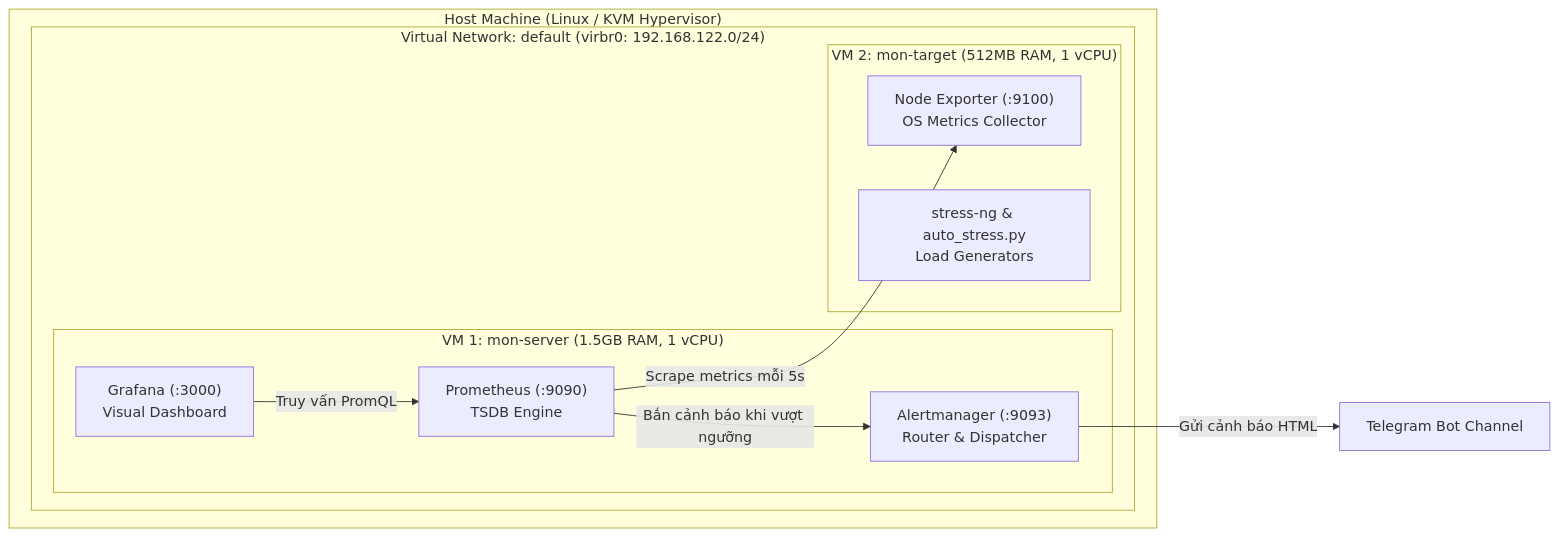
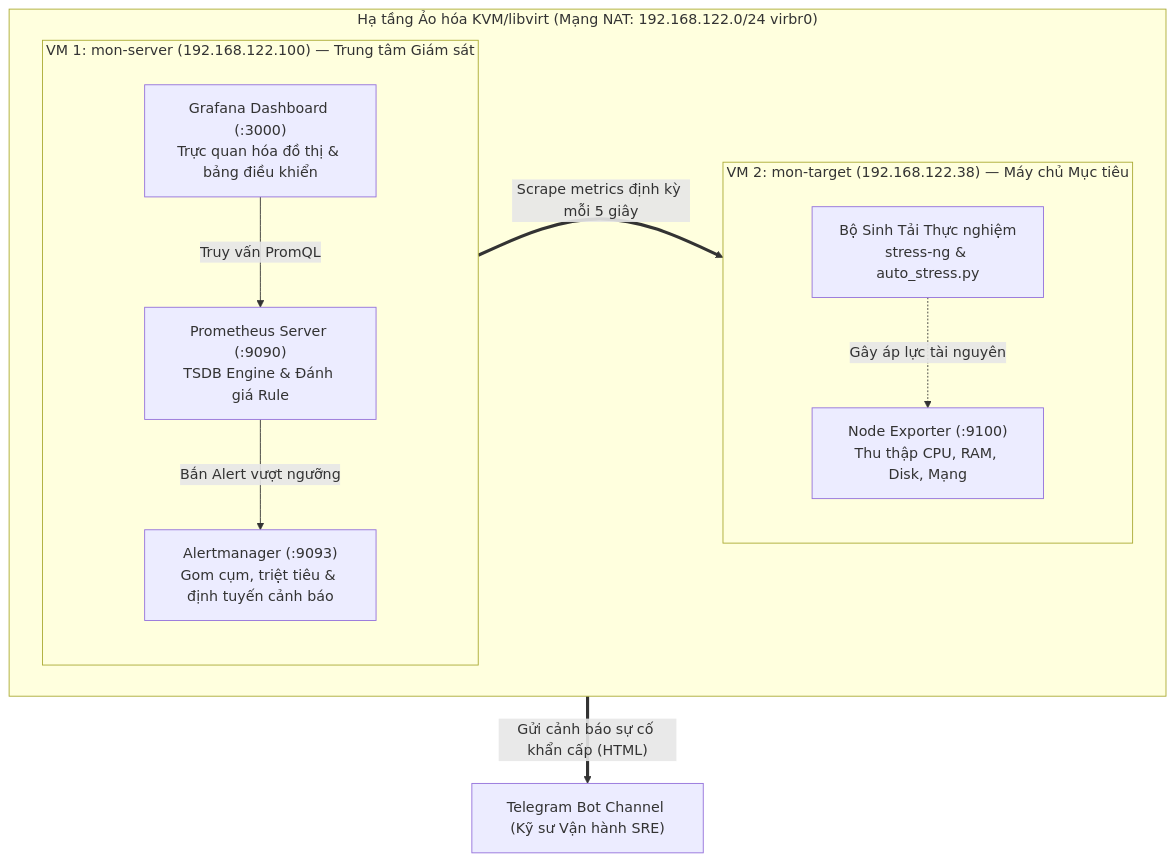
One commit to DucPham-it/linux_op_lab1 changed the third of 11 diagrams in report.md. Above: the diagram before and after it, drawn with Mermaid. The commit also changed other lines of this file and 3 other files, not shown here.

````diff
--- a/report.md
+++ b/report.md
@@ -196,24 +230,28 @@
 ```mermaid
-graph LR
-    subgraph Host_Machine ["Host Machine (Linux / KVM Hypervisor)"]
-        subgraph Bridge_Network ["Virtual Network: default (virbr0: 192.168.122.0/24)"]
-            
-            subgraph VM_Server ["VM 1: mon-server (1.5GB RAM, 1 vCPU)"]
-                Prometheus["Prometheus (:9090)<br>TSDB Engine"]
-                Alertmanager["Alertmanager (:9093)<br>Router & Dispatcher"]
-                Grafana["Grafana (:3000)<br>Visual Dashboard"]
-            end
-            
-            subgraph VM_Target ["VM 2: mon-target (512MB RAM, 1 vCPU)"]
-                NodeExporter["Node Exporter (:9100)<br>OS Metrics Collector"]
-                StressTool["stress-ng & auto_stress.py<br>Load Generators"]
-            end
-            
+flowchart TD
+    subgraph KVM_Env ["Hạ tầng Ảo hóa KVM/libvirt (Mạng NAT: 192.168.122.0/24 virbr0)"]
+        direction LR
+        subgraph VM_Server ["VM 1: mon-server (192.168.122.100) — Trung tâm Giám sát"]
+            direction TB
+            Grafana["Grafana Dashboard (:3000)<br/>Trực quan hóa đồ thị & bảng điều khiển"]
+            Prometheus["Prometheus Server (:9090)<br/>TSDB Engine & Đánh giá Rule"]
+            Alertmanager["Alertmanager (:9093)<br/>Gom cụm, triệt tiêu & định tuyến cảnh báo"]
+
+            Grafana -->|"Truy vấn PromQL"| Prometheus
+            Prometheus -->|"Bắn Alert vượt ngưỡng"| Alertmanager
         end
+
+        subgraph VM_Target ["VM 2: mon-target (192.168.122.38) — Máy chủ Mục tiêu"]
+            direction TB
+            NodeExporter["Node Exporter (:9100)<br/>Thu thập CPU, RAM, Disk, Mạng"]
+            StressTool["Bộ Sinh Tải Thực nghiệm<br/>stress-ng & auto_stress.py"]
+            StressTool -.->|"Gây áp lực tài nguyên"| NodeExporter
+        end
+
+        VM_Server ~~~ VM_Target
+        Prometheus ==>|"Scrape metrics định kỳ mỗi 5 giây"| NodeExporter
     end
-    
-    Prometheus -->|Scrape metrics mỗi 5s| NodeExporter
-    Prometheus -->|Bắn cảnh báo khi vượt ngưỡng| Alertmanager
-    Grafana -->|Truy vấn PromQL| Prometheus
-    Alertmanager -->|Gửi cảnh báo HTML| TelegramBot["Telegram Bot Channel"]
+
+    TelegramBot["Telegram Bot Channel (Kỹ sư Vận hành SRE)"]
+    Alertmanager ==>|"Gửi cảnh báo sự cố khẩn cấp (HTML)"| TelegramBot
 ```
````
